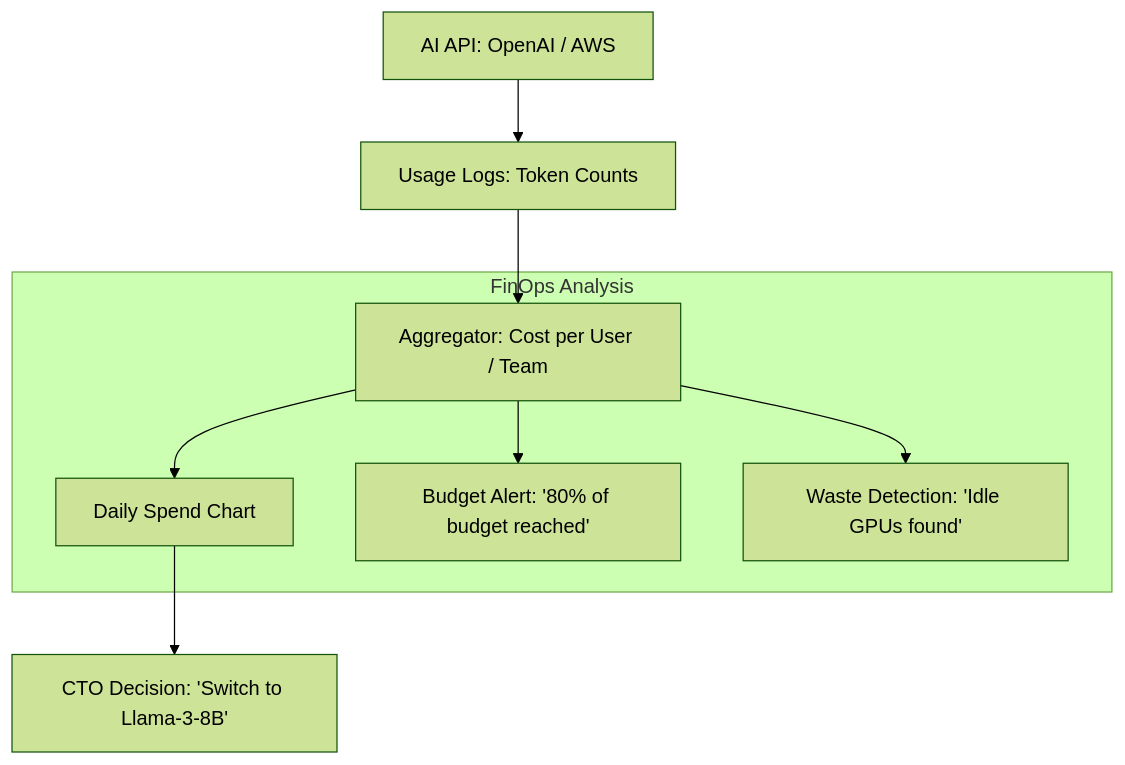
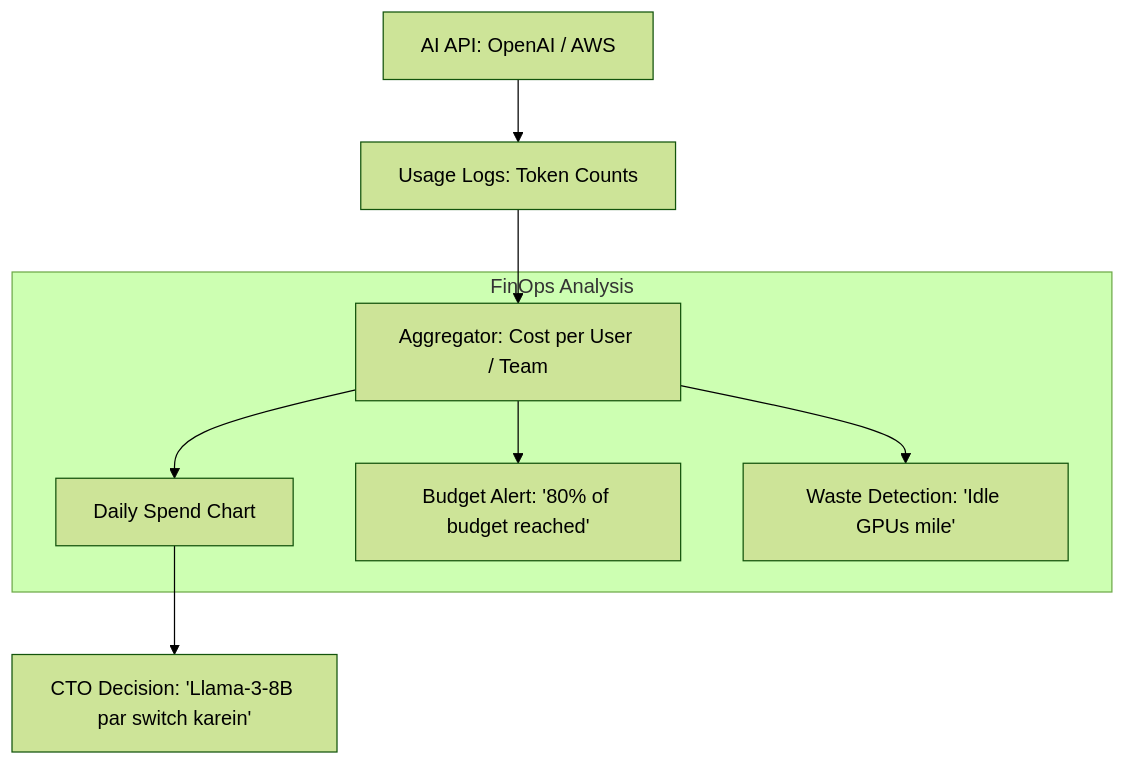
The diagram in docs/ai_foundations_and_ops/17_AI_Observability_and_Monitoring/Cost_Tracking_and_FinOps.md (Sameer-Malik20/SusaGPT-Build-LLM-From-Scratch-With-Hinglish-Learning-Material), drawn with Mermaid (forest theme) before and after one commit. The commit also changed other lines of this file and 131 other files, not shown here.

````diff
--- a/docs/ai_foundations_and_ops/17_AI_Observability_and_Monitoring/Cost_Tracking_and_FinOps.md
+++ b/docs/ai_foundations_and_ops/17_AI_Observability_and_Monitoring/Cost_Tracking_and_FinOps.md
@@ -61,13 +61,13 @@
 ```mermaid
 graph TD
     API[AI API: OpenAI / AWS] --> Log[Usage Logs: Token Counts]
     Log --> Agg[Aggregator: Cost per User / Team]
     
     subgraph "FinOps Analysis"
     Agg --> Chart[Daily Spend Chart]
     Agg --> Alert[Budget Alert: '80% of budget reached']
-    Agg --> Waste[Waste Detection: 'Idle GPUs found']
+    Agg --> Waste[Waste Detection: 'Idle GPUs mile']
     end
     
-    Chart --> CTO[CTO Decision: 'Switch to Llama-3-8B']
+    Chart --> CTO[CTO Decision: 'Llama-3-8B par switch karein']
 ```
````
